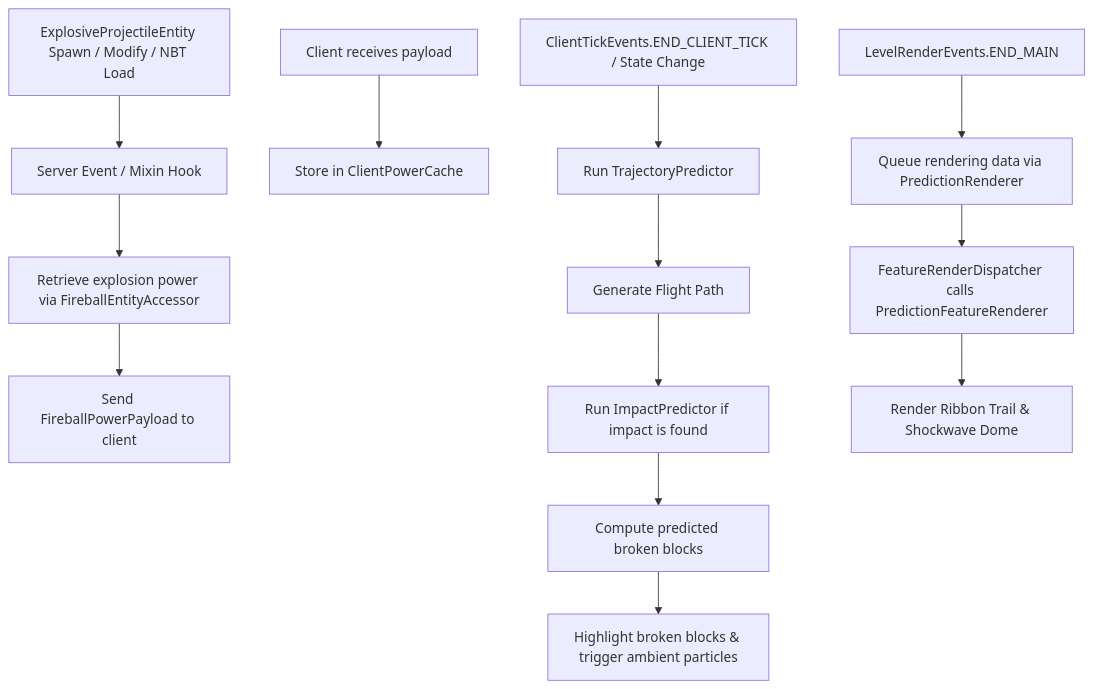
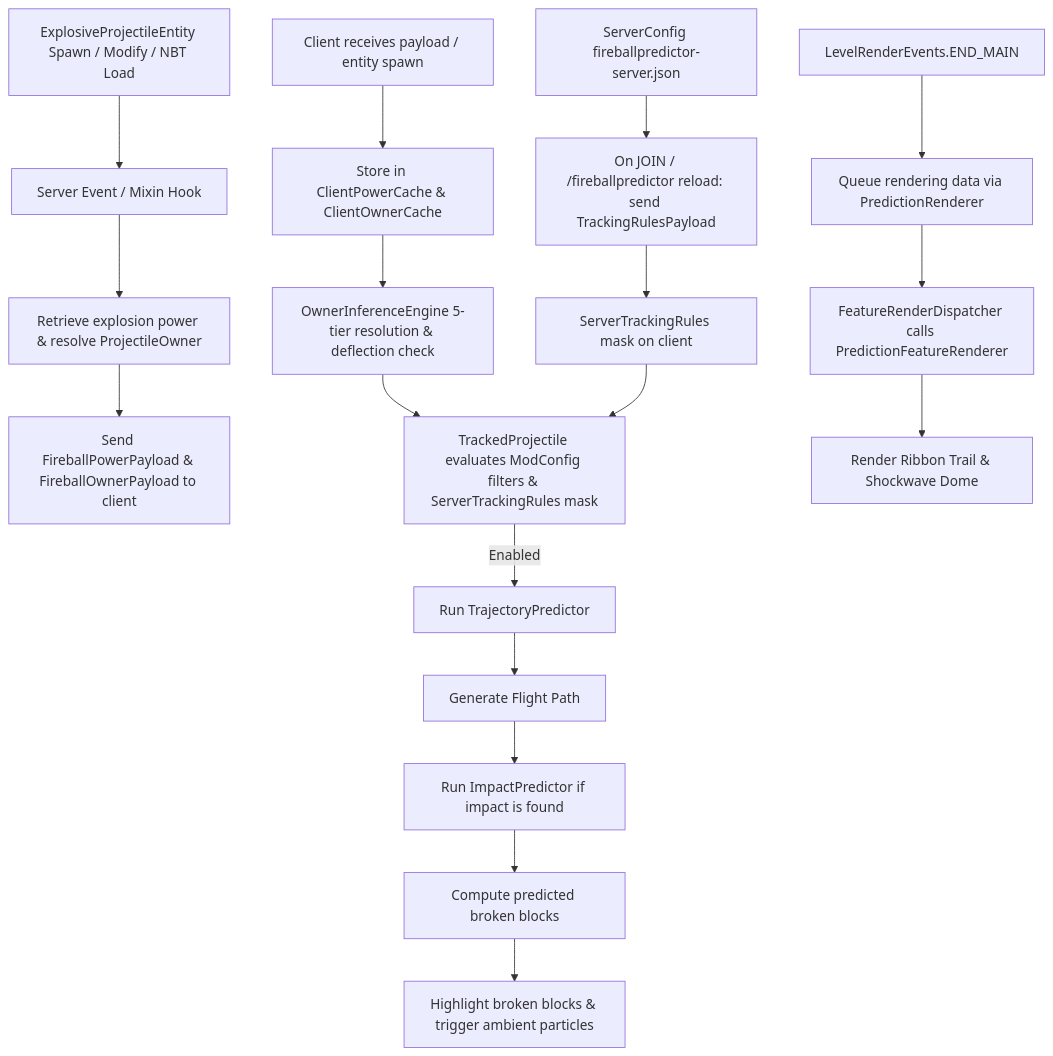
The diagram in agent.md (IsAvaible/FireballPredictor), drawn with Mermaid before and after one commit. The commit also changed other lines of this file and 47 other files, not shown here.

First line of the commit message:
Port v1.6.0 (owner tracking, server rules, owner payloads) to 1.21.11

````diff
--- a/agent.md
+++ b/agent.md
@@ -11,15 +11,20 @@
 ```mermaid
 graph TD
     A[ExplosiveProjectileEntity Spawn / Modify / NBT Load] --> B[Server Event / Mixin Hook]
-    B --> C[Retrieve explosion power via FireballEntityAccessor]
-    C --> D[Send FireballPowerPayload to client]
-    E[Client receives payload] --> F[Store in ClientPowerCache]
-    G[ClientTickEvents.END_CLIENT_TICK / State Change] --> H[Run TrajectoryPredictor]
-    H --> I[Generate Flight Path]
-    I --> J[Run ImpactPredictor if impact is found]
-    J --> K[Compute predicted broken blocks]
-    K --> L[Highlight broken blocks & trigger ambient particles]
-    M[LevelRenderEvents.END_MAIN] --> N[Queue rendering data via PredictionRenderer]
-    N --> O[FeatureRenderDispatcher calls PredictionFeatureRenderer]
-    O --> P[Render Ribbon Trail & Shockwave Dome]
+    B --> C[Retrieve explosion power & resolve ProjectileOwner]
+    C --> D[Send FireballPowerPayload & FireballOwnerPayload to client]
+    E[Client receives payload / entity spawn] --> F[Store in ClientPowerCache & ClientOwnerCache]
+    F --> G[OwnerInferenceEngine 5-tier resolution & deflection check]
+    G --> H[TrackedProjectile evaluates ModConfig filters & ServerTrackingRules mask]
+    H -->|Enabled| I[Run TrajectoryPredictor]
+    I --> J[Generate Flight Path]
+    J --> K[Run ImpactPredictor if impact is found]
+    K --> L[Compute predicted broken blocks]
+    L --> M[Highlight broken blocks & trigger ambient particles]
+    N[LevelRenderEvents.END_MAIN] --> O[Queue rendering data via PredictionRenderer]
+    O --> P[FeatureRenderDispatcher calls PredictionFeatureRenderer]
+    P --> Q[Render Ribbon Trail & Shockwave Dome]
+    R[ServerConfig fireballpredictor-server.json] --> S[On JOIN / /fireballpredictor reload: send TrackingRulesPayload]
+    S --> T[ServerTrackingRules mask on client]
+    T --> H
 ```
````
